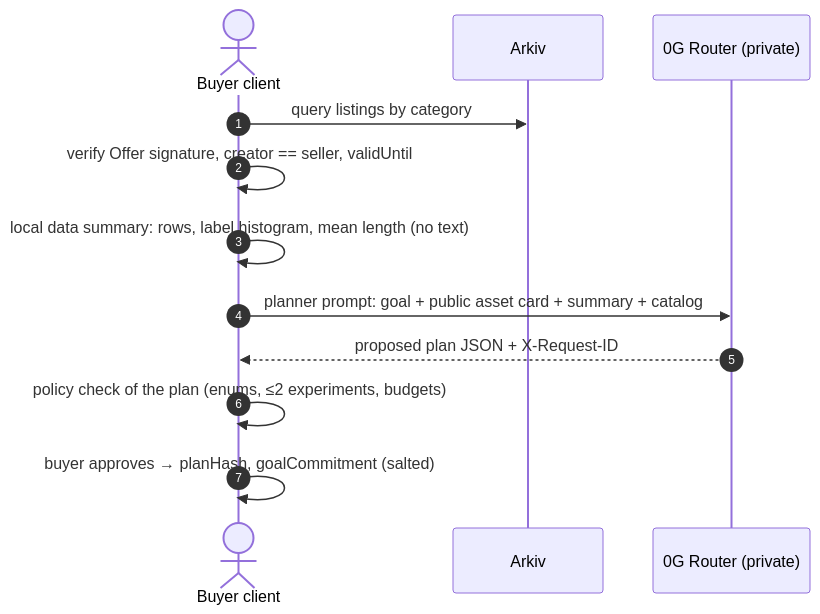
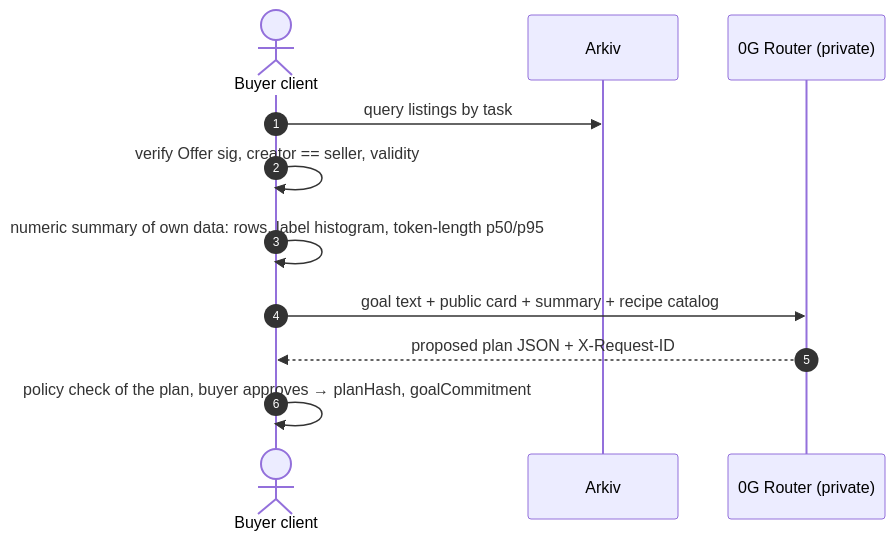
Before and after one commit to Soni-Shivam/Pivot_HTE: the fifth of 16 diagrams in docs/ARCHITECTURE.md, drawn with Mermaid. The commit also changed other lines of this file and 7 other files, not shown here.

````diff
--- a/docs/ARCHITECTURE.md
+++ b/docs/ARCHITECTURE.md
@@ -149,14 +146,13 @@
 ```mermaid
 sequenceDiagram
     autonumber
     actor B as Buyer client
     participant AK as Arkiv
     participant R as 0G Router (private)
-    B->>AK: query listings by category
-    B->>B: verify Offer signature, creator == seller, validUntil
-    B->>B: local data summary: rows, label histogram, mean length (no text)
-    B->>R: planner prompt: goal + public asset card + summary + catalog
+    B->>AK: query listings by task
+    B->>B: verify Offer sig, creator == seller, validity
+    B->>B: numeric summary of own data: rows, label histogram, token-length p50/p95
+    B->>R: goal text + public card + summary + recipe catalog
     R-->>B: proposed plan JSON + X-Request-ID
-    B->>B: policy check of the plan (enums, ≤2 experiments, budgets)
-    B->>B: buyer approves → planHash, goalCommitment (salted)
+    B->>B: policy check of the plan, buyer approves → planHash, goalCommitment
 ```
````
